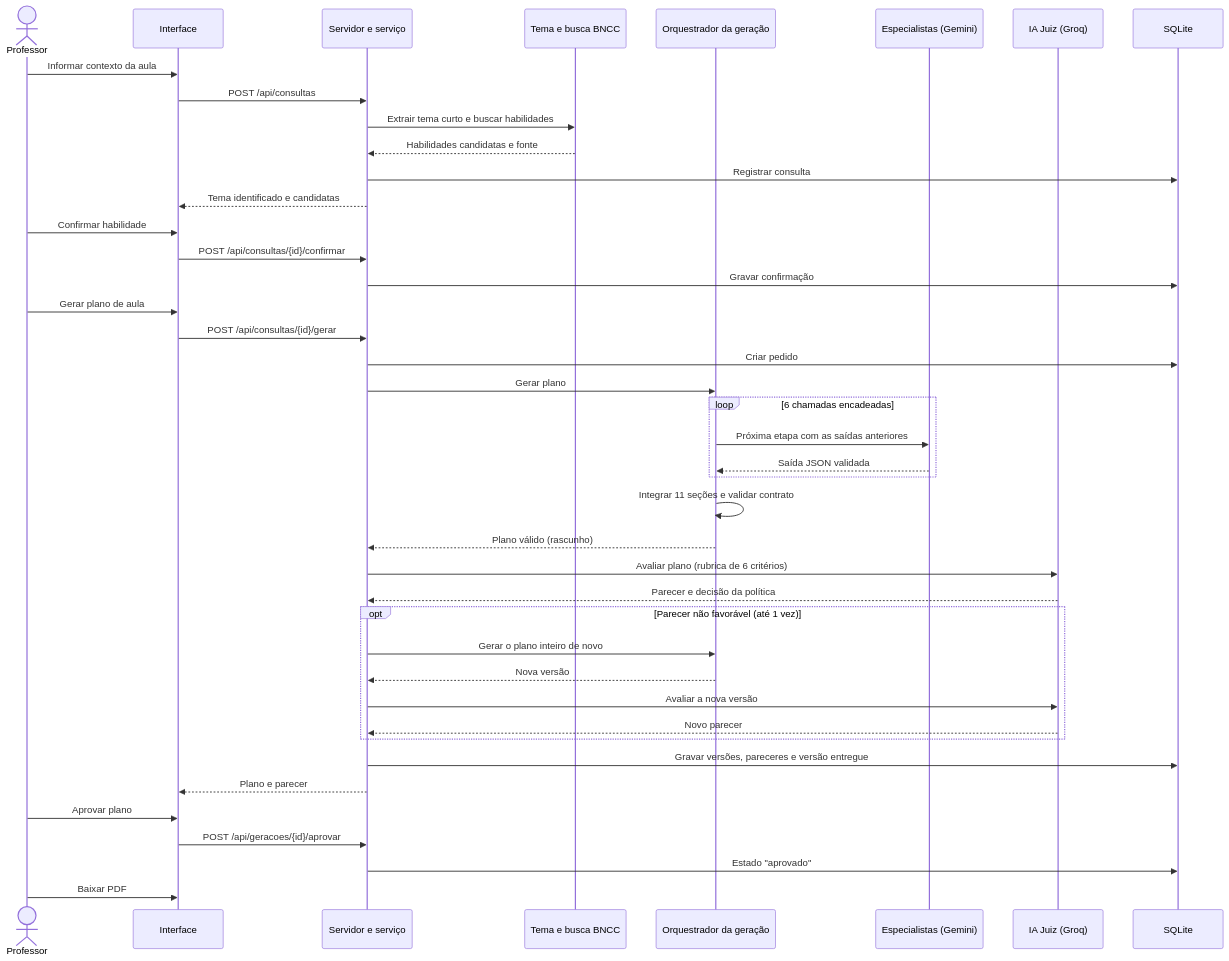
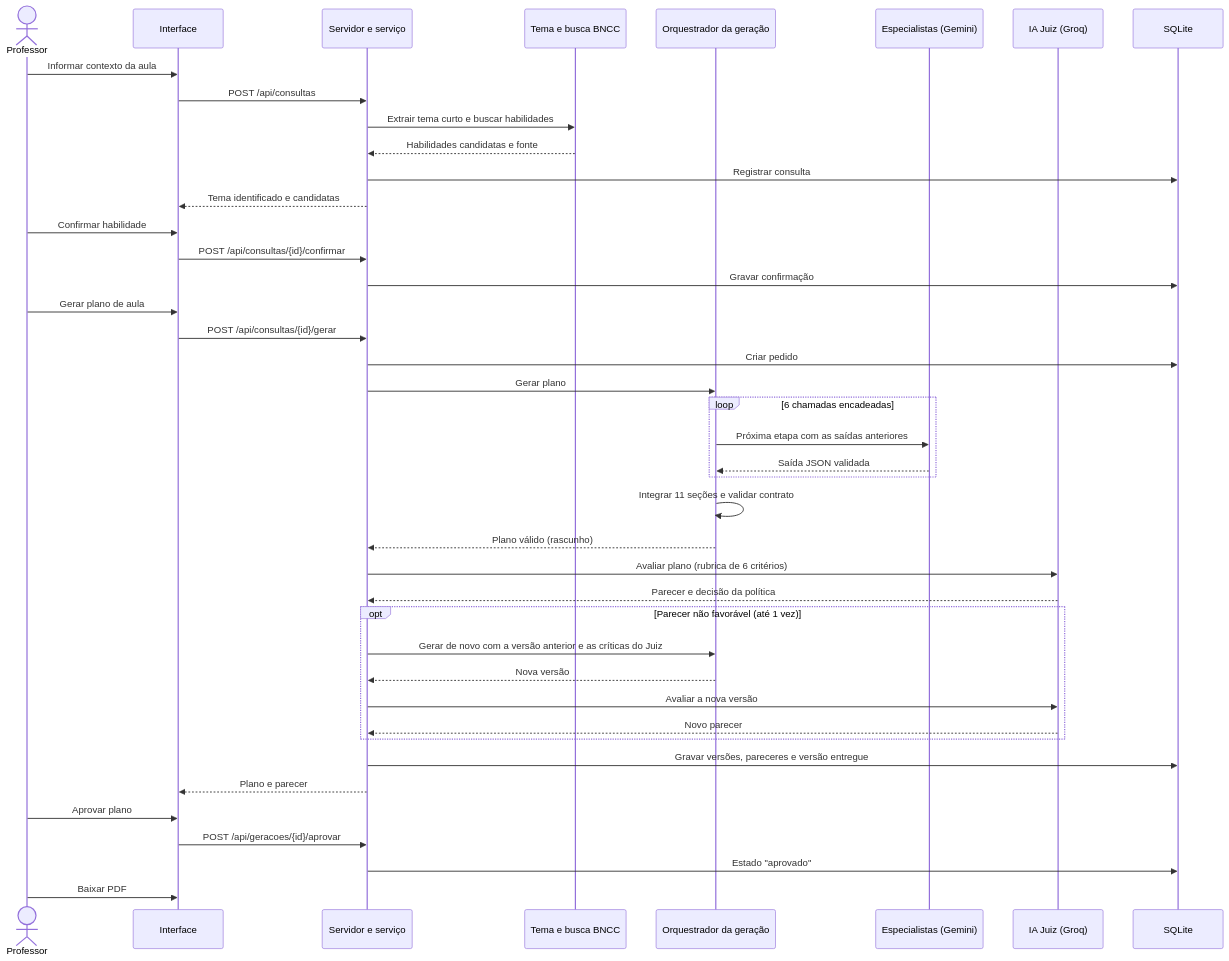
The second of 5 diagrams in docs/diagramas/diagramas-finais.md (Carneiro-Joao/tcc-plataforma-multiagente), drawn with Mermaid before and after one commit. The commit also changed other lines of this file and 6 other files, not shown here.

First line of the commit message:
docs(diagramas): regeneracao informada nas figuras do Cap. 4 (visao geral, atividades, sequencia)

````diff
--- a/docs/diagramas/diagramas-finais.md
+++ b/docs/diagramas/diagramas-finais.md
@@ -69,44 +69,44 @@
 ```mermaid
 sequenceDiagram
     actor P as Professor
     participant UI as Interface
     participant SV as Servidor e serviço
     participant BUS as Tema e busca BNCC
     participant ORQ as Orquestrador da geração
     participant ESP as Especialistas (Gemini)
     participant J as IA Juiz (Groq)
     participant DB as SQLite
     P->>UI: Informar contexto da aula
     UI->>SV: POST /api/consultas
     SV->>BUS: Extrair tema curto e buscar habilidades
     BUS-->>SV: Habilidades candidatas e fonte
     SV->>DB: Registrar consulta
     SV-->>UI: Tema identificado e candidatas
     P->>UI: Confirmar habilidade
     UI->>SV: POST /api/consultas/{id}/confirmar
     SV->>DB: Gravar confirmação
     P->>UI: Gerar plano de aula
     UI->>SV: POST /api/consultas/{id}/gerar
     SV->>DB: Criar pedido
     SV->>ORQ: Gerar plano
     loop 6 chamadas encadeadas
         ORQ->>ESP: Próxima etapa com as saídas anteriores
         ESP-->>ORQ: Saída JSON validada
     end
     ORQ->>ORQ: Integrar 11 seções e validar contrato
     ORQ-->>SV: Plano válido (rascunho)
     SV->>J: Avaliar plano (rubrica de 6 critérios)
     J-->>SV: Parecer e decisão da política
     opt Parecer não favorável (até 1 vez)
-        SV->>ORQ: Gerar o plano inteiro de novo
+        SV->>ORQ: Gerar de novo com a versão anterior e as críticas do Juiz
         ORQ-->>SV: Nova versão
         SV->>J: Avaliar a nova versão
         J-->>SV: Novo parecer
     end
     SV->>DB: Gravar versões, pareceres e versão entregue
     SV-->>UI: Plano e parecer
     P->>UI: Aprovar plano
     UI->>SV: POST /api/geracoes/{id}/aprovar
     SV->>DB: Estado "aprovado"
     P->>UI: Baixar PDF
 ```
````
